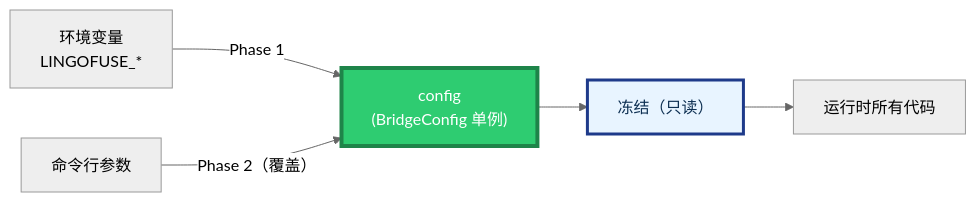
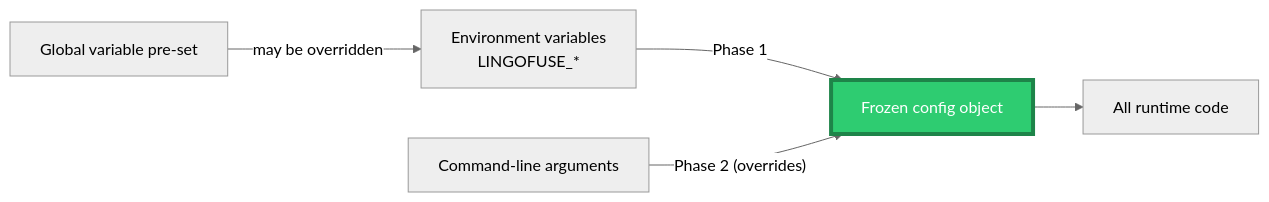
One commit to PassByYou888/LingoFuse changed diagram 14 of 20 in Py/lingofuse/Bridge_User_Guide.md. Above: the diagram before and after it, drawn with Mermaid (neutral theme). The commit also changed other lines of this file, not shown here.

````diff
--- a/Py/lingofuse/Bridge_User_Guide.md
+++ b/Py/lingofuse/Bridge_User_Guide.md
@@ -644,10 +824,9 @@
 ```mermaid
 flowchart LR
-    Env["环境变量<br/>LINGOFUSE_*"] -->|"Phase 1"| Cfg["config<br/>(BridgeConfig 单例)"]
-    CLI["命令行参数"] -->|"Phase 2（覆盖）"| Cfg
-    Cfg --> Frozen["冻结（只读）"]
-    Frozen --> Runtime["运行时所有代码"]
+    GlobalVar["Global variable pre-set"] -->|"may be overridden"| Env
+    Env["Environment variables<br/>LINGOFUSE_*"] -->|"Phase 1"| Cfg["Frozen config object"]
+    CLI["Command-line arguments"] -->|"Phase 2 (overrides)"| Cfg
+    Cfg --> Runtime["All runtime code"]
 
     style Cfg fill:#2ECC71,stroke:#1E8449,stroke-width:4px,color:#FFFFFF
-    style Frozen fill:#E8F4FF,stroke:#1E3A8A,stroke-width:3px,color:#0D2F52
 ```
````
